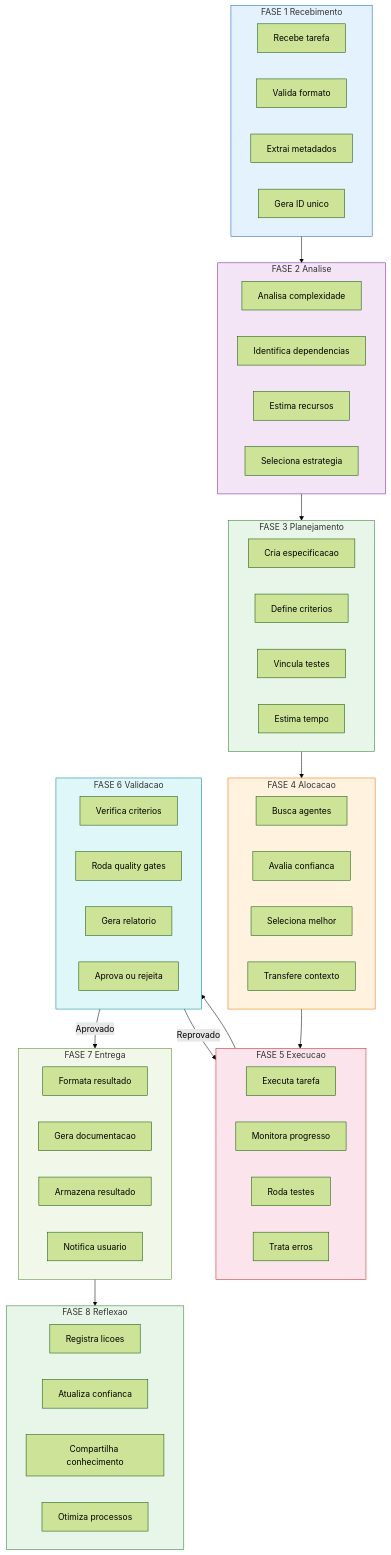
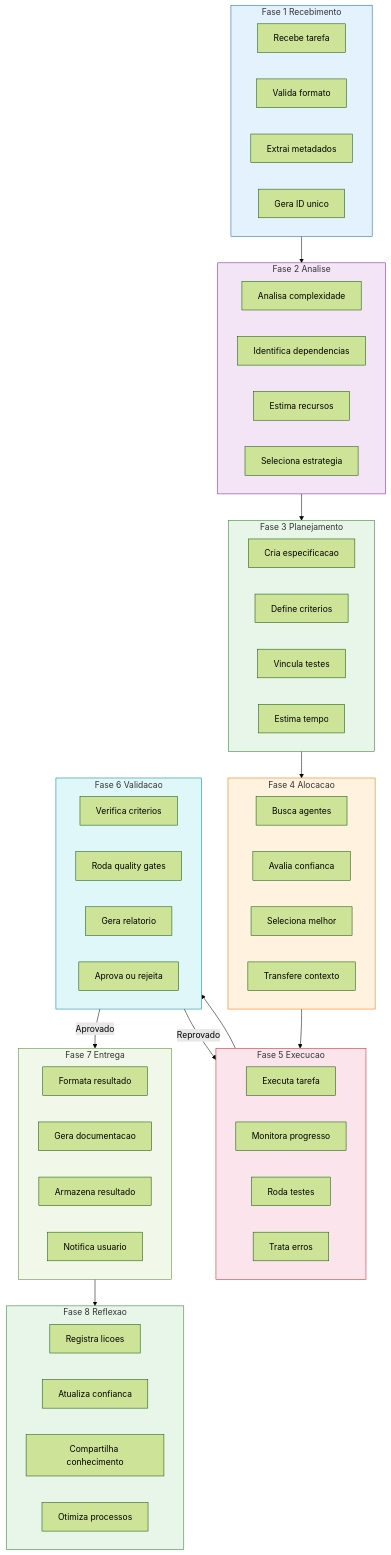
Before and after one commit to MarceloClaro/opencode-ecosystem-core: the seventh of 22 diagrams in README.md, drawn with Mermaid (forest theme). The commit also changed other lines of this file, not shown here.

First line of the commit message:
feat(docs): fix flowcharts, add themes, translate datasets to Portuguese

````diff
--- a/README.md
+++ b/README.md
@@ -494,76 +465,76 @@
 ```mermaid
 flowchart TD
-    subgraph F1 ["FASE 1 Recebimento"]
-        R1["Recebe tarefa"]
-        R2["Valida formato"]
-        R3["Extrai metadados"]
-        R4["Gera ID unico"]
+    subgraph F1[Fase 1 Recebimento]
+        R1[Recebe tarefa]
+        R2[Valida formato]
+        R3[Extrai metadados]
+        R4[Gera ID unico]
     end
 
-    subgraph F2 ["FASE 2 Analise"]
-        A1["Analisa complexidade"]
-        A2["Identifica dependencias"]
-        A3["Estima recursos"]
-        A4["Seleciona estrategia"]
+    subgraph F2[Fase 2 Analise]
+        A1[Analisa complexidade]
+        A2[Identifica dependencias]
+        A3[Estima recursos]
+        A4[Seleciona estrategia]
     end
 
-    subgraph F3 ["FASE 3 Planejamento"]
-        P1["Cria especificacao"]
-        P2["Define criterios"]
-        P3["Vincula testes"]
-        P4["Estima tempo"]
+    subgraph F3[Fase 3 Planejamento]
+        P1[Cria especificacao]
+        P2[Define criterios]
+        P3[Vincula testes]
+        P4[Estima tempo]
     end
 
-    subgraph F4 ["FASE 4 Alocacao"]
-        AL1["Busca agentes"]
-        AL2["Avalia confianca"]
-        AL3["Seleciona melhor"]
-        AL4["Transfere contexto"]
+    subgraph F4[Fase 4 Alocacao]
+        AL1[Busca agentes]
+        AL2[Avalia confianca]
+        AL3[Seleciona melhor]
+        AL4[Transfere contexto]
     end
 
-    subgraph F5 ["FASE 5 Execucao"]
-        E1["Executa tarefa"]
-        E2["Monitora progresso"]
-        E3["Roda testes"]
-        E4["Trata erros"]
+    subgraph F5[Fase 5 Execucao]
+        E1[Executa tarefa]
+        E2[Monitora progresso]
+        E3[Roda testes]
+        E4[Trata erros]
     end
 
-    subgraph F6 ["FASE 6 Validacao"]
-        V1["Verifica criterios"]
-        V2["Roda quality gates"]
-        V3["Gera relatorio"]
-        V4["Aprova ou rejeita"]
+    subgraph F6[Fase 6 Validacao]
+        V1[Verifica criterios]
+        V2[Roda quality gates]
+        V3[Gera relatorio]
+        V4[Aprova ou rejeita]
     end
 
-    subgraph F7 ["FASE 7 Entrega"]
-        D1["Formata resultado"]
-        D2["Gera documentacao"]
-        D3["Armazena resultado"]
-        D4["Notifica usuario"]
+    subgraph F7[Fase 7 Entrega]
+        D1[Formata resultado]
+        D2[Gera documentacao]
+        D3[Armazena resultado]
+        D4[Notifica usuario]
     end
 
-    subgraph F8 ["FASE 8 Reflexao"]
-        RE1["Registra licoes"]
-        RE2["Atualiza confianca"]
-        RE3["Compartilha conhecimento"]
-        RE4["Otimiza processos"]
+    subgraph F8[Fase 8 Reflexao]
+        RE1[Registra licoes]
+        RE2[Atualiza confianca]
+        RE3[Compartilha conhecimento]
+        RE4[Otimiza processos]
     end
 
     F1 --> F2
     F2 --> F3
     F3 --> F4
     F4 --> F5
     F5 --> F6
-    F6 -->|"Aprovado"| F7
-    F6 -->|"Reprovado"| F5
+    F6 -->|Aprovado| F7
+    F6 -->|Reprovado| F5
     F7 --> F8
 
     style F1 fill:#e3f2fd,stroke:#1565c0
     style F2 fill:#f3e5f5,stroke:#7b1fa2
     style F3 fill:#e8f5e9,stroke:#2e7d32
     style F4 fill:#fff3e0,stroke:#ef6c00
     style F5 fill:#fce4ec,stroke:#c62828
     style F6 fill:#e0f7fa,stroke:#00838f
     style F7 fill:#f1f8e9,stroke:#558b2f
     style F8 fill:#e8f5e9,stroke:#2e7d32
 ```
````
